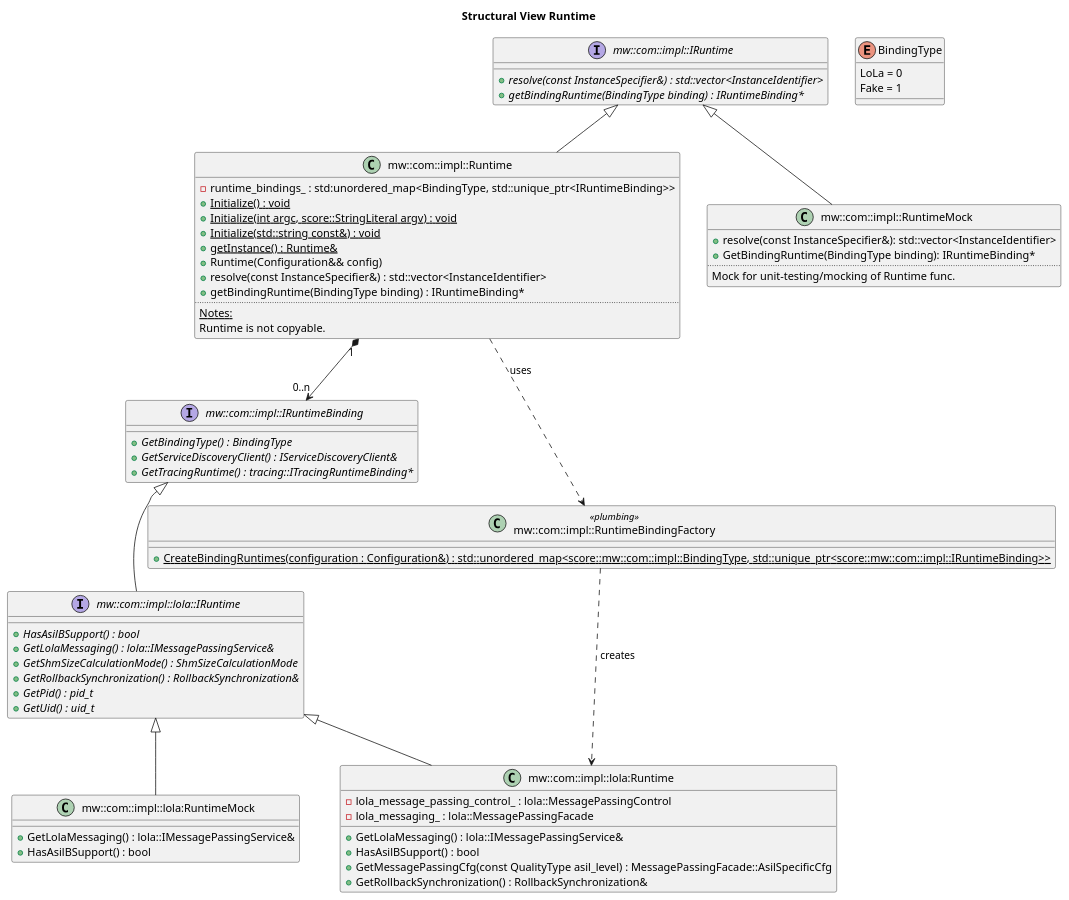
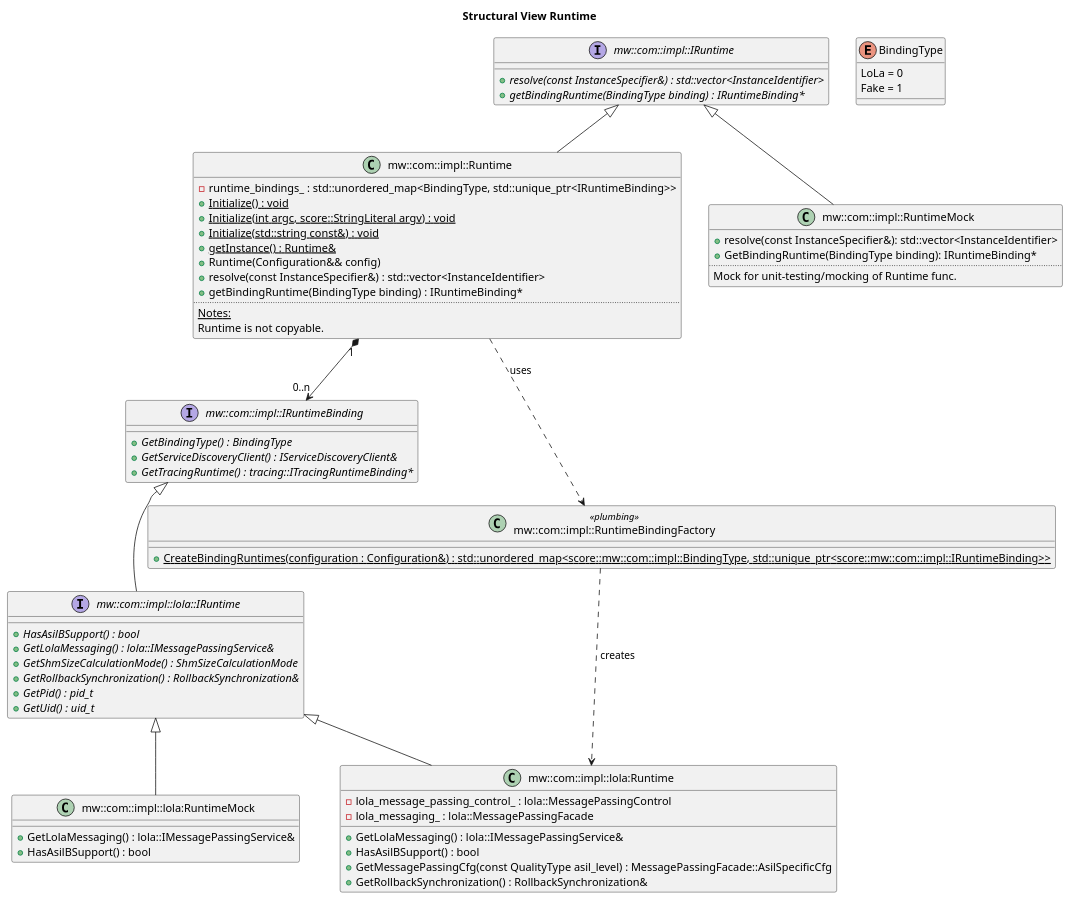
Before and after one commit to eclipse-score/communication: the diagram in score/mw/com/design/runtime/runtime_structural_view.puml, drawn with PlantUML.

```diff
--- a/score/mw/com/design/runtime/runtime_structural_view.puml
+++ b/score/mw/com/design/runtime/runtime_structural_view.puml
@@ -1,79 +1,79 @@
 @startuml runtime_structural_view
 title "Structural View Runtime"
 
 interface "mw::com::impl::IRuntime" as IRuntime {
     +{abstract} resolve(const InstanceSpecifier&) : std::vector<InstanceIdentifier>
     +{abstract} getBindingRuntime(BindingType binding) : IRuntimeBinding*
 }
 
 enum BindingType {
     LoLa = 0
     Fake = 1
 }
 
 class "mw::com::impl::Runtime" as Runtime {
-    -runtime_bindings_ : std:unordered_map<BindingType, std::unique_ptr<IRuntimeBinding>>
+    -runtime_bindings_ : std::unordered_map<BindingType, std::unique_ptr<IRuntimeBinding>>
     +{static} Initialize() : void
     +{static} Initialize(int argc, score::StringLiteral argv) : void
     +{static} Initialize(std::string const&) : void
     +{static} getInstance() : Runtime&
     +Runtime(Configuration&& config)
     +resolve(const InstanceSpecifier&) : std::vector<InstanceIdentifier>
     +getBindingRuntime(BindingType binding) : IRuntimeBinding*
     ..
     <u>Notes:</u>
     Runtime is not copyable.
 }
 
 class "mw::com::impl::RuntimeMock" as RuntimeMock {
     +resolve(const InstanceSpecifier&): std::vector<InstanceIdentifier>
     +GetBindingRuntime(BindingType binding): IRuntimeBinding*
     ..
     Mock for unit-testing/mocking of Runtime func.
 }
 
 interface "mw::com::impl::IRuntimeBinding" as IRuntimeBinding {
     +{abstract} GetBindingType() : BindingType
     +{abstract} GetServiceDiscoveryClient() : IServiceDiscoveryClient&
     +{abstract} GetTracingRuntime() : tracing::ITracingRuntimeBinding*
 }
 
 class "mw::com::impl::RuntimeBindingFactory" as RuntimeBindingFactory << plumbing >> {
     +{static} CreateBindingRuntimes(configuration : Configuration&) : std::unordered_map<score::mw::com::impl::BindingType, std::unique_ptr<score::mw::com::impl::IRuntimeBinding>>
 }
 
 interface "mw::com::impl::lola::IRuntime" as LolaIRuntime {
     +{abstract} HasAsilBSupport() : bool
     +{abstract} GetLolaMessaging() : lola::IMessagePassingService&
     +{abstract} GetShmSizeCalculationMode() : ShmSizeCalculationMode
     +{abstract} GetRollbackSynchronization() : RollbackSynchronization&
     +{abstract} GetPid() : pid_t
     +{abstract} GetUid() : uid_t
 }
 
 class "mw::com::impl::lola:Runtime" as LolaRuntime {
     -lola_message_passing_control_ : lola::MessagePassingControl
     -lola_messaging_ : lola::MessagePassingFacade
     +GetLolaMessaging() : lola::IMessagePassingService&
     +HasAsilBSupport() : bool
     +GetMessagePassingCfg(const QualityType asil_level) : MessagePassingFacade::AsilSpecificCfg
     +GetRollbackSynchronization() : RollbackSynchronization&
 }
 
 class "mw::com::impl::lola:RuntimeMock" as LolaRuntimeMock {
     +GetLolaMessaging() : lola::IMessagePassingService&
     +HasAsilBSupport() : bool
 }
 
 IRuntime <|-- Runtime
 IRuntime <|-- RuntimeMock
 Runtime "1" *--> "0..n" IRuntimeBinding
 
 IRuntimeBinding <|-- LolaIRuntime
 LolaIRuntime <|-- LolaRuntime
 LolaIRuntime <|-- LolaRuntimeMock
 
 RuntimeBindingFactory ..> LolaRuntime : creates
 Runtime ..> RuntimeBindingFactory : uses
 
 @enduml
```
